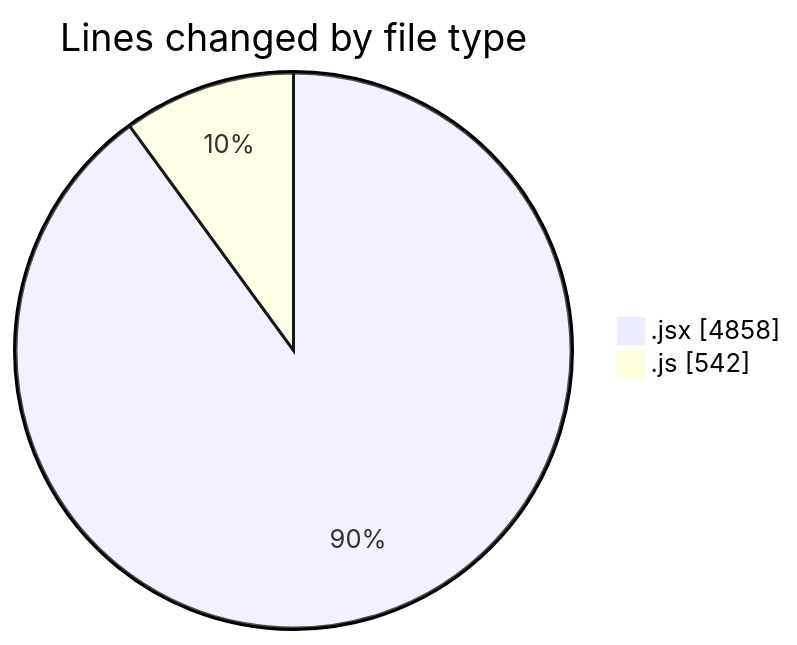
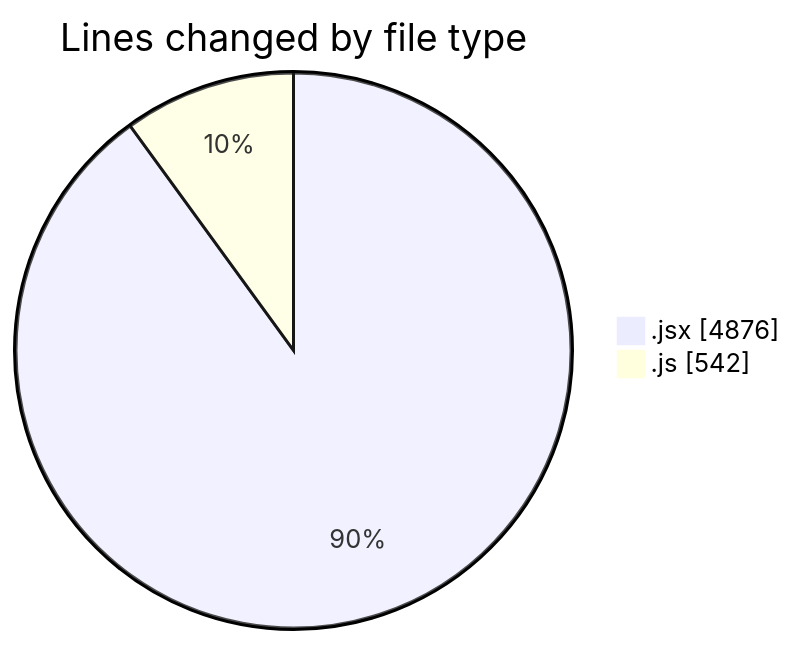
One commit to nxtqubesakshisongat/code-tracking changed the first of 2 diagrams in 2026-01-07/nxtqube_webapp/README.md. Above: the diagram before and after it, drawn with Mermaid. The commit also changed other lines of this file and 1 other file, not shown here.

````diff
--- a/2026-01-07/nxtqube_webapp/README.md
+++ b/2026-01-07/nxtqube_webapp/README.md
@@ -26,6 +26,6 @@
 ```mermaid
 pie showData
 title Lines changed by file type
-".jsx" : 4858
+".jsx" : 4876
 ".js" : 542
 ```
````
